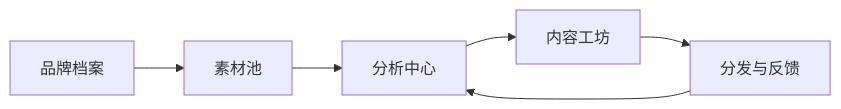
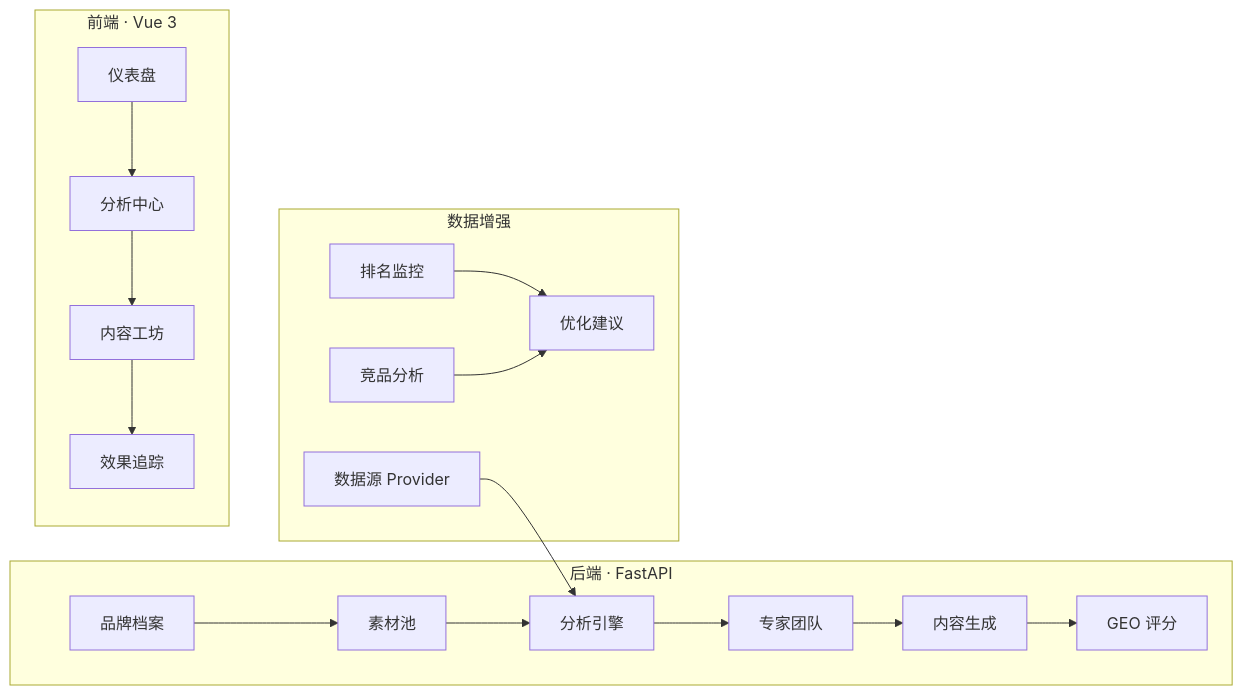
One commit to nimoqup046-collab/geo-optimizer changed the diagram in README.md. Above: the diagram before and after it, drawn with Mermaid. The commit also changed other lines of this file, not shown here.

````diff
--- a/README.md
+++ b/README.md
@@ -31,8 +57,20 @@
 ```mermaid
 flowchart LR
-  A["品牌档案"] --> B["素材池"]
-  B --> C["分析中心"]
-  C --> D["内容工坊"]
-  D --> E["分发与反馈"]
-  E --> C
+  subgraph Backend["后端 · FastAPI"]
+    A["品牌档案"] --> B["素材池"]
+    B --> C["分析引擎"]
+    C --> D["专家团队"]
+    D --> E["内容生成"]
+    E --> F["GEO 评分"]
+  end
+  subgraph Data["数据增强"]
+    G["数据源 Provider"] --> C
+    H["排名监控"] --> I["优化建议"]
+    J["竞品分析"] --> I
+  end
+  subgraph Frontend["前端 · Vue 3"]
+    K["仪表盘"] --> L["分析中心"]
+    L --> M["内容工坊"]
+    M --> N["效果追踪"]
+  end
 ```
````
